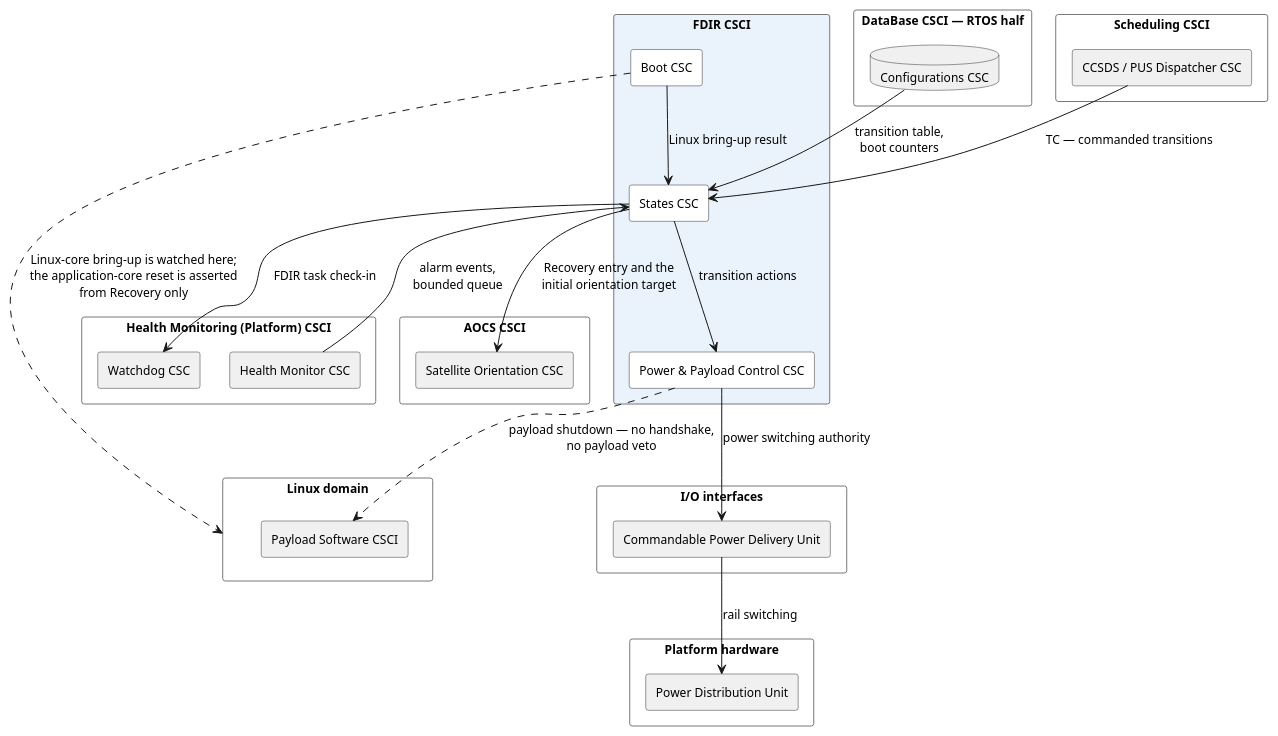
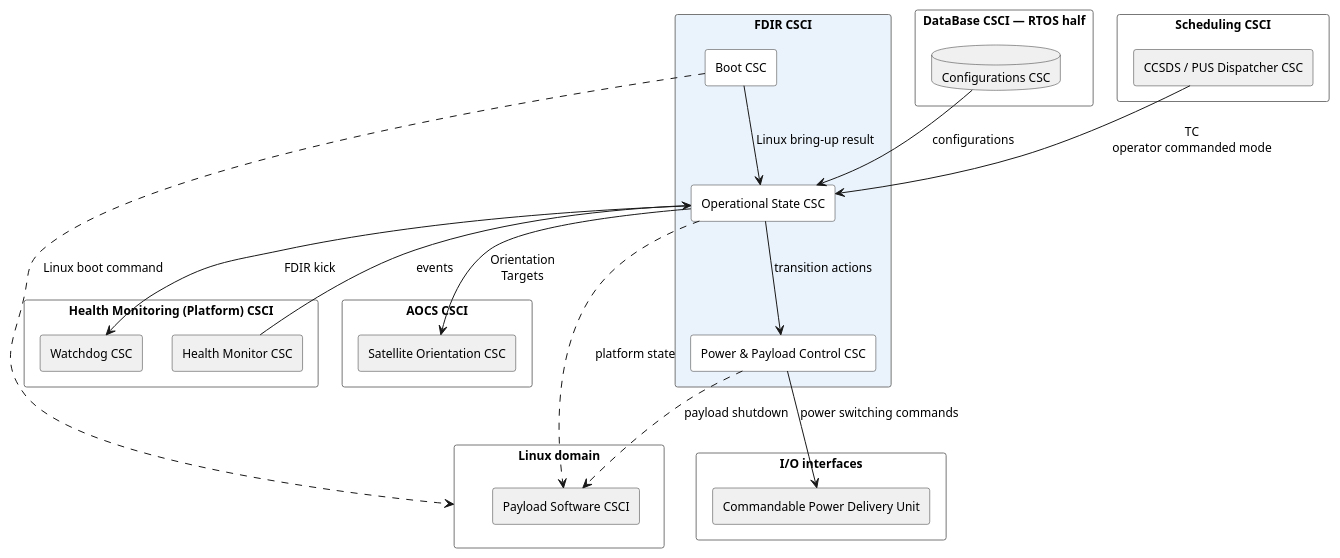
One commit to seapit/urban-memory changed the diagram in docs/puml/obc-csci-fdir.puml. Above: the diagram before and after it, drawn with PlantUML. The commit also changed 8 other files, not shown here.

Commit message:
Update plantuml sources, add linux-domain database diagram

```diff
--- a/docs/puml/obc-csci-fdir.puml
+++ b/docs/puml/obc-csci-fdir.puml
@@ -1,73 +1,60 @@
 @startuml
-' FDIR CSCI — the CSCI in full, with every relation that crosses its boundary.
-' Everything drawn in grey is context: it is shown only far enough to say what
-' this CSCI talks to. The whole picture is in obc-csci-full.puml.
-' GENERATED from obc-csci-full.puml — edit that file, then re-run split.py.
-
 skinparam componentStyle rectangle
 skinparam packageStyle rectangle
 skinparam shadowing false
 skinparam nodesep 30
 skinparam ranksep 58
 skinparam defaultFontSize 12
 skinparam wrapWidth 240
 skinparam package {
   BackgroundColor #FFFFFF
   BorderColor #777777
 }
 skinparam component {
   BackgroundColor #FFFFFF
   BorderColor #333333
 }
 skinparam database {
   BackgroundColor #FFFFFF
   BorderColor #333333
 }
 
-' ---------------------------------------------- the CSCI under view
 package "FDIR CSCI" as FDIR #EAF2FB {
   component "Boot CSC" as BOOT
-  component "States CSC" as STATES
+  component "Operational State CSC" as STATES
   component "Power & Payload Control CSC" as PPC
 }
 
-' ---------------------------------------------- context only
 package "DataBase CSCI — RTOS half" as DBRT {
   database "Configurations CSC" as CFG #F0F0F0
 }
 package "Scheduling CSCI" as SCHED {
   component "CCSDS / PUS Dispatcher CSC" as CCSDS #F0F0F0
 }
 package "Health Monitoring (Platform) CSCI" as HM {
   component "Health Monitor CSC" as HMON #F0F0F0
   component "Watchdog CSC" as WD #F0F0F0
 }
 package "I/O interfaces" as IFACE {
   component "Commandable Power Delivery Unit" as PDUIF #F0F0F0
 }
 package "AOCS CSCI" as AOCS {
   component "Satellite Orientation CSC" as SATORIENT #F0F0F0
 }
 package "Linux domain" as LINDOM {
   component "Payload Software CSCI" as PAY #F0F0F0
 }
-package "Platform hardware" as PHW {
-  component "Power Distribution Unit" as PDUHW #F0F0F0
-}
-
-' ---------------------------------------------- inside the CSCI
 BOOT --> STATES : Linux bring-up result
 STATES --> PPC : transition actions
 
-' ---------------------------------------------- across its boundary
-CFG --> STATES : transition table,\nboot counters
-CCSDS --> STATES : TC — commanded transitions
-HMON --> STATES : alarm events,\nbounded queue
-STATES --> WD : FDIR task check-in
-PPC --> PDUIF : power switching authority
-STATES --> SATORIENT : Recovery entry and the\ninitial orientation target
-PPC ..> PAY : payload shutdown — no handshake,\nno payload veto
-BOOT ..> LINDOM : Linux-core bring-up is watched here;\nthe application-core reset is asserted\nfrom Recovery only
-PDUIF --> PDUHW : rail switching
+CFG --> STATES : configurations
+CCSDS --> STATES : TC\noperator commanded mode
+HMON --> STATES : events
+STATES --> WD : FDIR kick
+PPC --> PDUIF : power switching commands
+STATES --> SATORIENT : Orientation\nTargets
+PPC ..> PAY : payload shutdown
+STATES ..> PAY : platform state
+BOOT ..> LINDOM : Linux boot command
 
 @enduml
```
